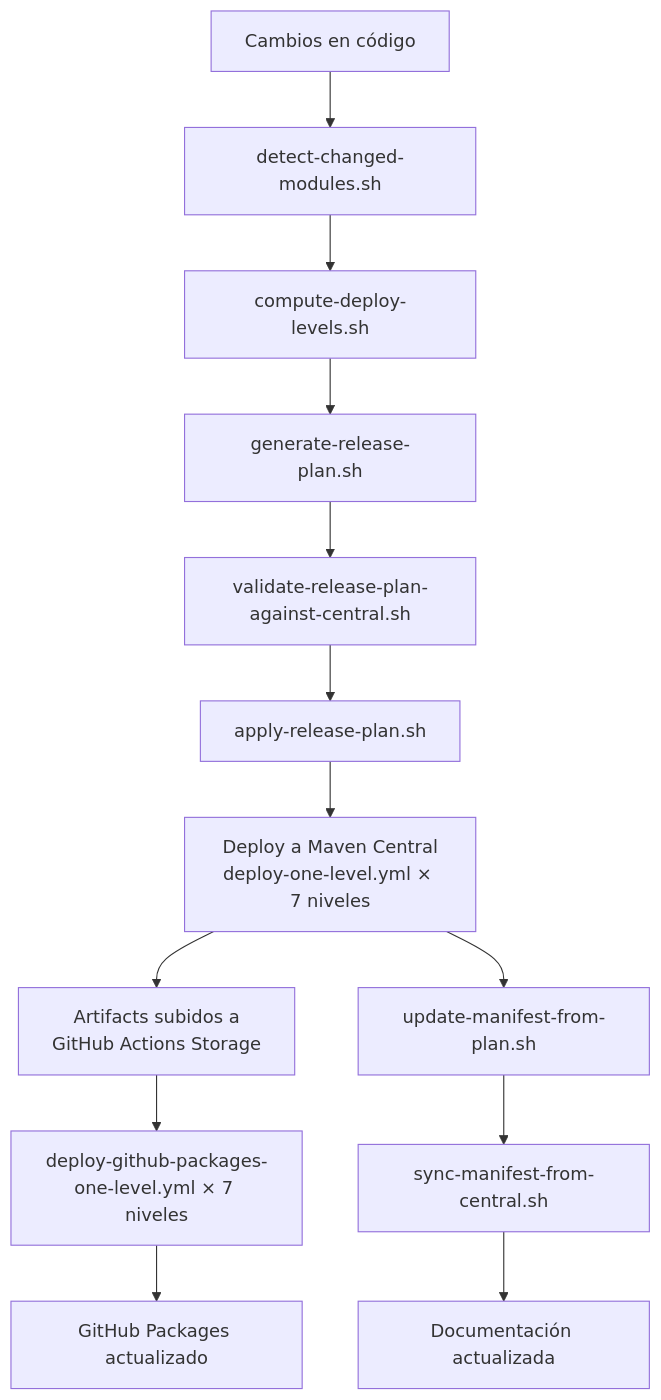
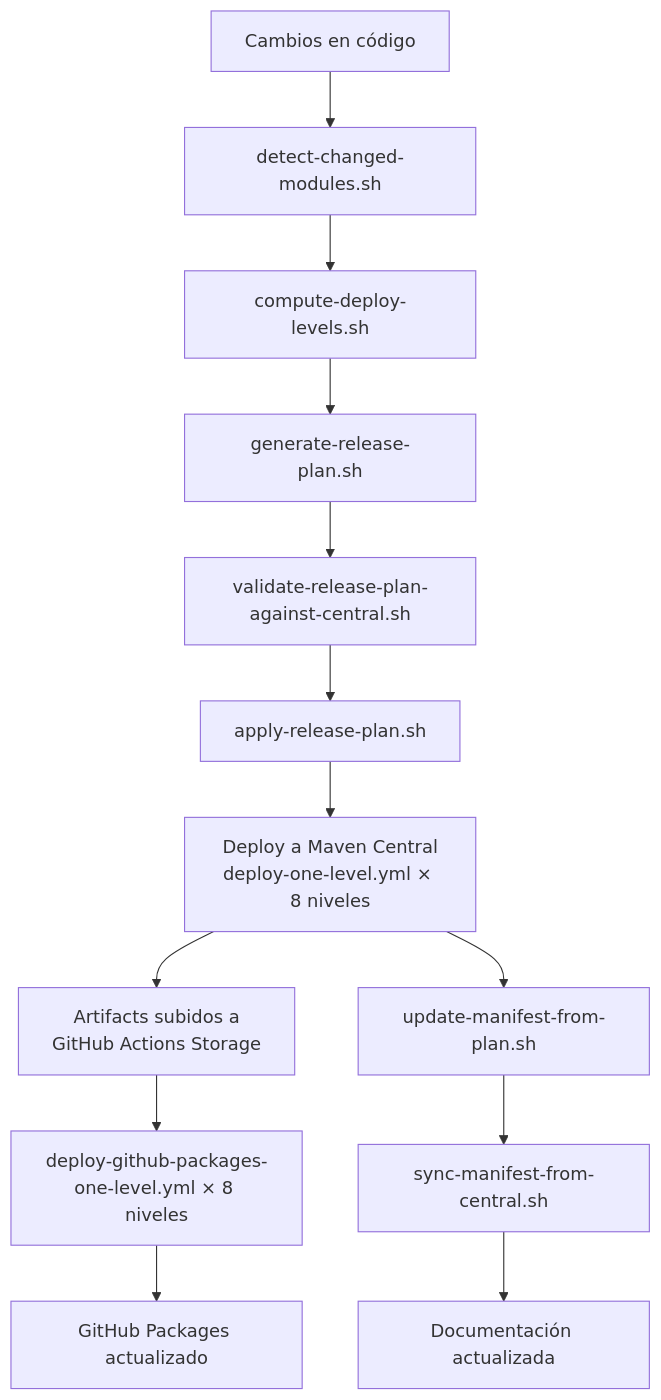
The diagram in docs/scripts-automation.md (rafex/ether-deployment-hub), drawn with Mermaid before and after one commit. The commit also changed other lines of this file and 9 other files, not shown here.

````diff
--- a/docs/scripts-automation.md
+++ b/docs/scripts-automation.md
@@ -11,15 +11,15 @@
 ```mermaid
 flowchart TD
     A[Cambios en código] --> B[detect-changed-modules.sh]
     B --> C[compute-deploy-levels.sh]
     C --> D[generate-release-plan.sh]
     D --> E[validate-release-plan-against-central.sh]
     E --> F[apply-release-plan.sh]
-    F --> G[Deploy a Maven Central\ndeploy-one-level.yml × 7 niveles]
+    F --> G[Deploy a Maven Central\ndeploy-one-level.yml × 8 niveles]
     G --> H[Artifacts subidos a\nGitHub Actions Storage]
     G --> I[update-manifest-from-plan.sh]
-    H --> J[deploy-github-packages-one-level.yml × 7 niveles]
+    H --> J[deploy-github-packages-one-level.yml × 8 niveles]
     J --> K[GitHub Packages actualizado]
     I --> L[sync-manifest-from-central.sh]
     L --> M[Documentación actualizada]
 ```
````
